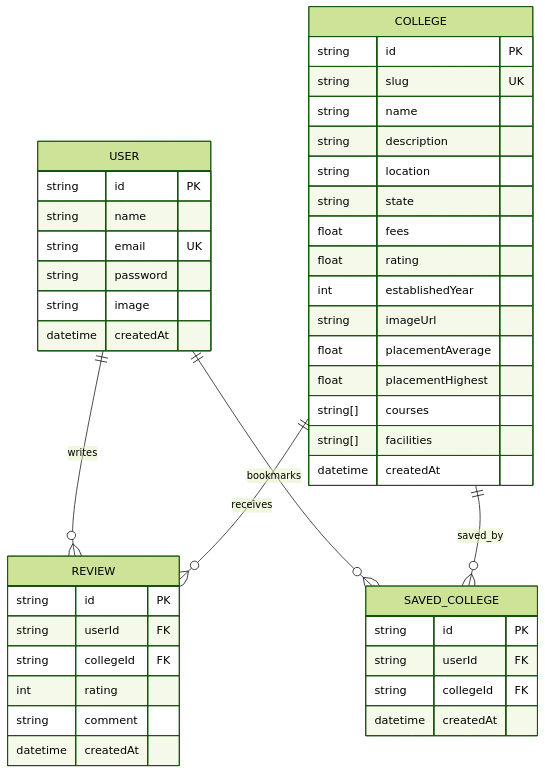
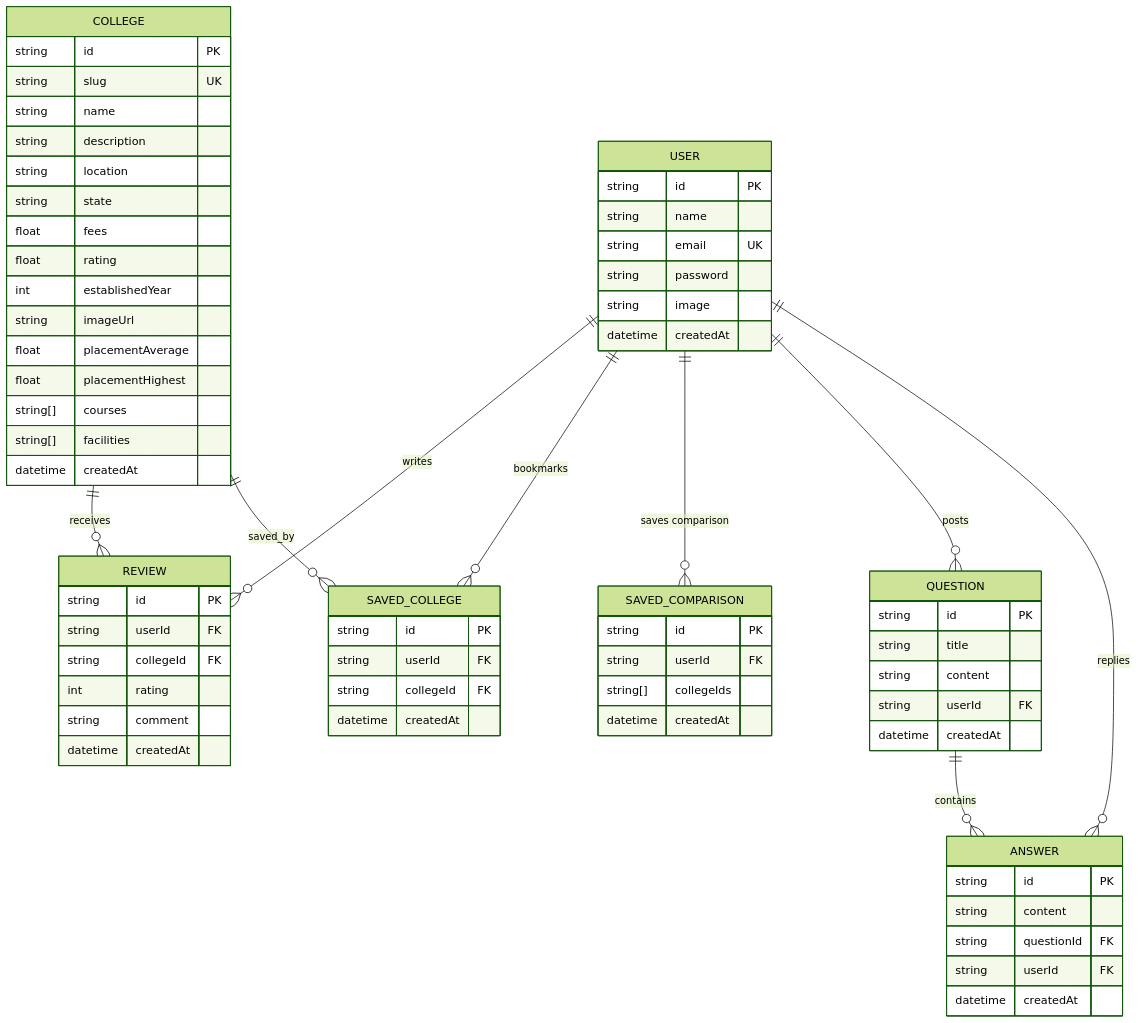
Before and after one commit to its-SamiKhan/CollegeDiscoveryPlatform: the diagram in README.md, drawn with Mermaid (forest theme). The commit also changed other lines of this file, not shown here.

````diff
--- a/README.md
+++ b/README.md
@@ -75,50 +57,77 @@
 ```mermaid
 erDiagram
     USER ||--o{ REVIEW : "writes"
     USER ||--o{ SAVED_COLLEGE : "bookmarks"
+    USER ||--o{ SAVED_COMPARISON : "saves comparison"
+    USER ||--o{ QUESTION : "posts"
+    USER ||--o{ ANSWER : "replies"
     COLLEGE ||--o{ REVIEW : "receives"
     COLLEGE ||--o{ SAVED_COLLEGE : "saved_by"
+    QUESTION ||--o{ ANSWER : "contains"
 
     USER {
         string id PK
         string name
         string email UK
         string password
         string image
         datetime createdAt
     }
 
     COLLEGE {
         string id PK
         string slug UK
         string name
         string description
         string location
         string state
         float fees
         float rating
         int establishedYear
         string imageUrl
         float placementAverage
         float placementHighest
         string[] courses
         string[] facilities
         datetime createdAt
     }
 
     REVIEW {
         string id PK
         string userId FK
         string collegeId FK
         int rating
         string comment
         datetime createdAt
     }
 
     SAVED_COLLEGE {
         string id PK
         string userId FK
         string collegeId FK
         datetime createdAt
     }
+
+    SAVED_COMPARISON {
+        string id PK
+        string userId FK
+        string[] collegeIds
+        datetime createdAt
+    }
+
+    QUESTION {
+        string id PK
+        string title
+        string content
+        string userId FK
+        datetime createdAt
+    }
+
+    ANSWER {
+        string id PK
+        string content
+        string questionId FK
+        string userId FK
+        datetime createdAt
+    }
 ```
````
